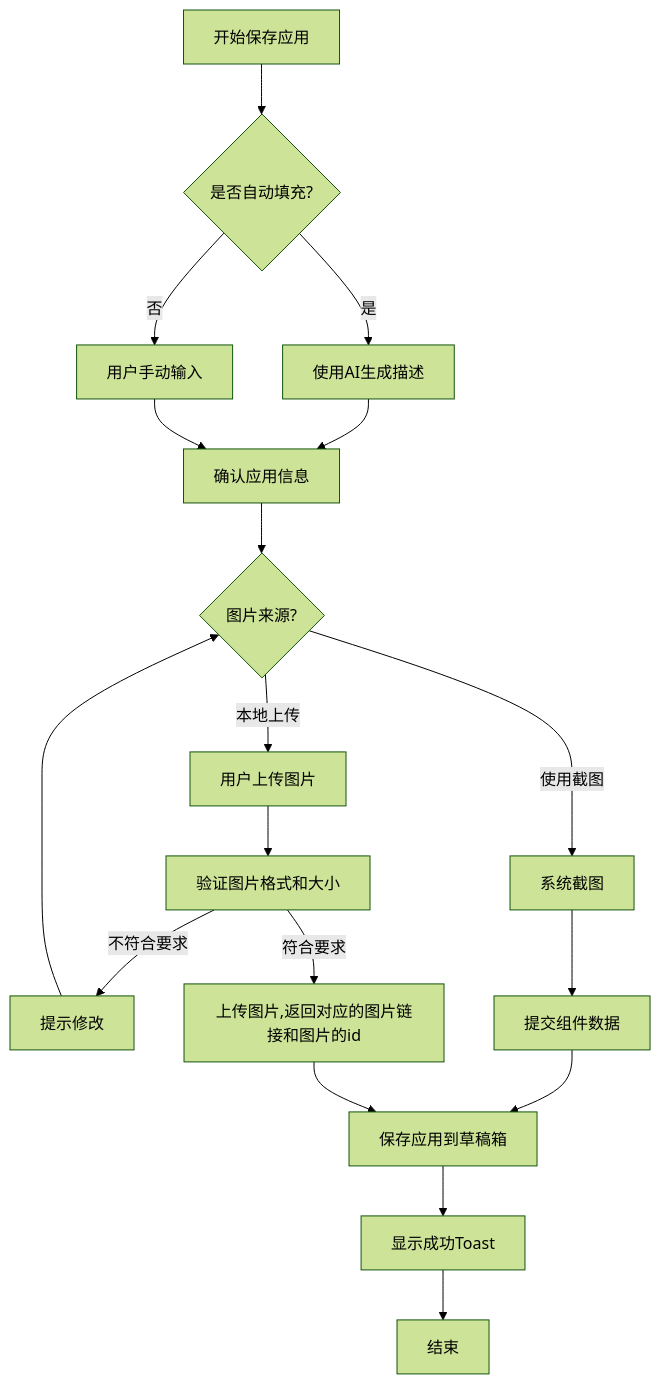
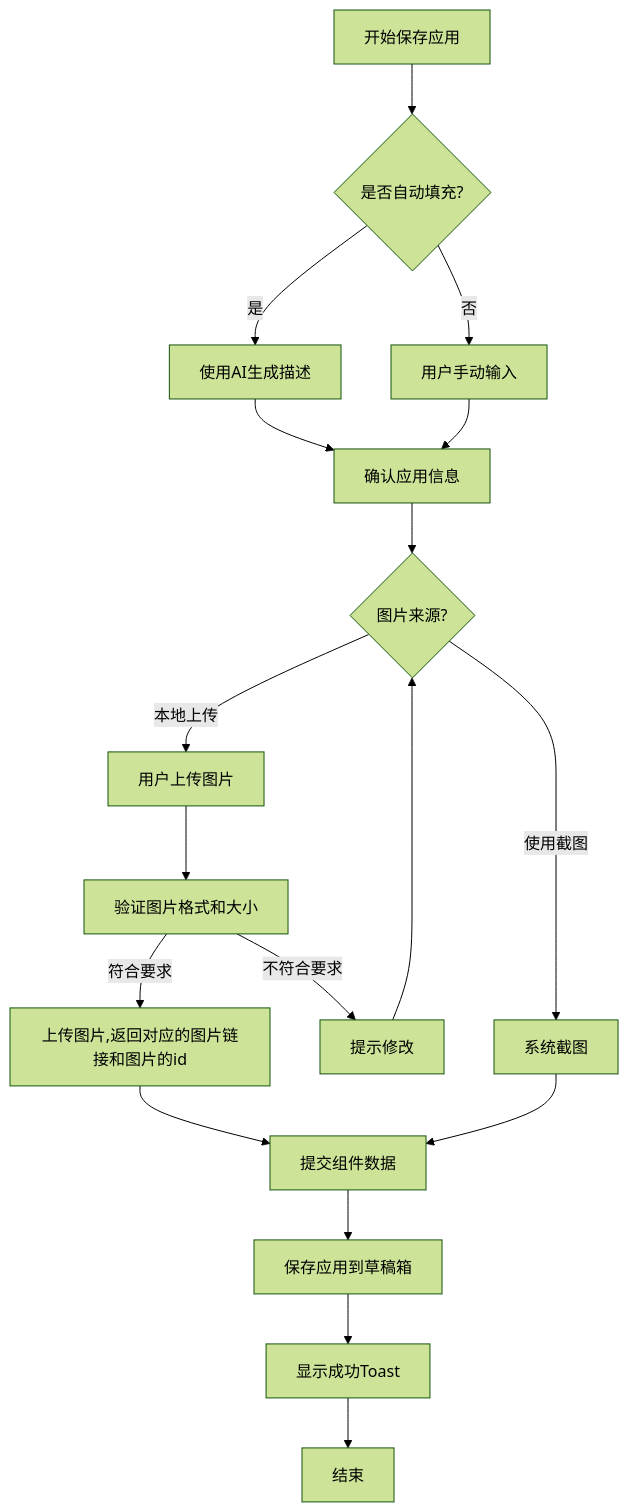
One commit to yingjianzh/iodraw-files changed the diagram in all/未命名-66.md. Above: the diagram before and after it, drawn with Mermaid (forest theme).

Commit message:
2025-05-27 11:23:46 update

````diff
--- a/all/未命名-66.md
+++ b/all/未命名-66.md
@@ -1,23 +1,23 @@
 ```mermaid
 flowchart TD
     A[开始保存应用] --> B{是否自动填充?}
     B -->|是| C[使用AI生成描述]
     B -->|否| D[用户手动输入]
     C --> E[确认应用信息]
     D --> E
     E --> F{图片来源?}
     F -->|使用截图| G[系统截图]
     F -->|本地上传| H[用户上传图片]
     H --> I[验证图片格式和大小]
     I -->|不符合要求| J[提示修改]
     J --> F
     I -->|符合要求| K1[上传图片,返回对应的图片链接和图片的id]
-
+    
+    K1 --> N
     G --> N[提交组件数据]
     
 
     N --> K[保存应用到草稿箱]
-    K1 --> K
     K --> L[显示成功Toast]
     L --> M[结束]
 ```
````
